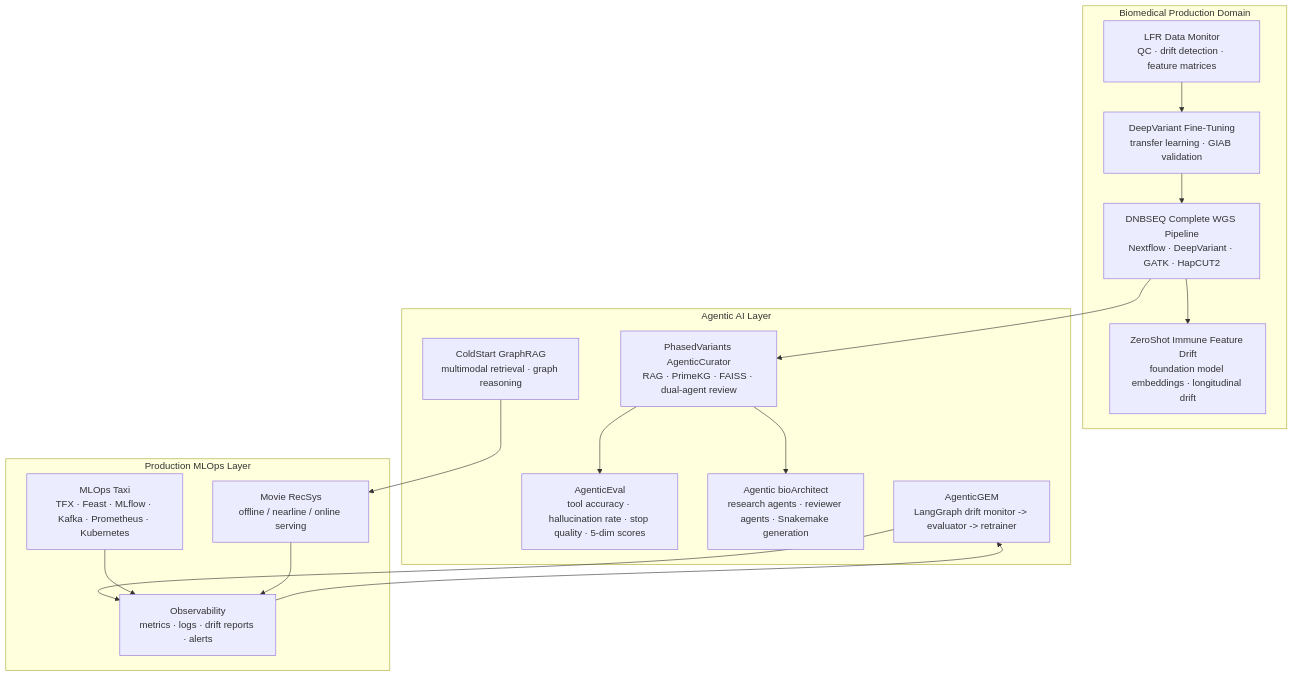
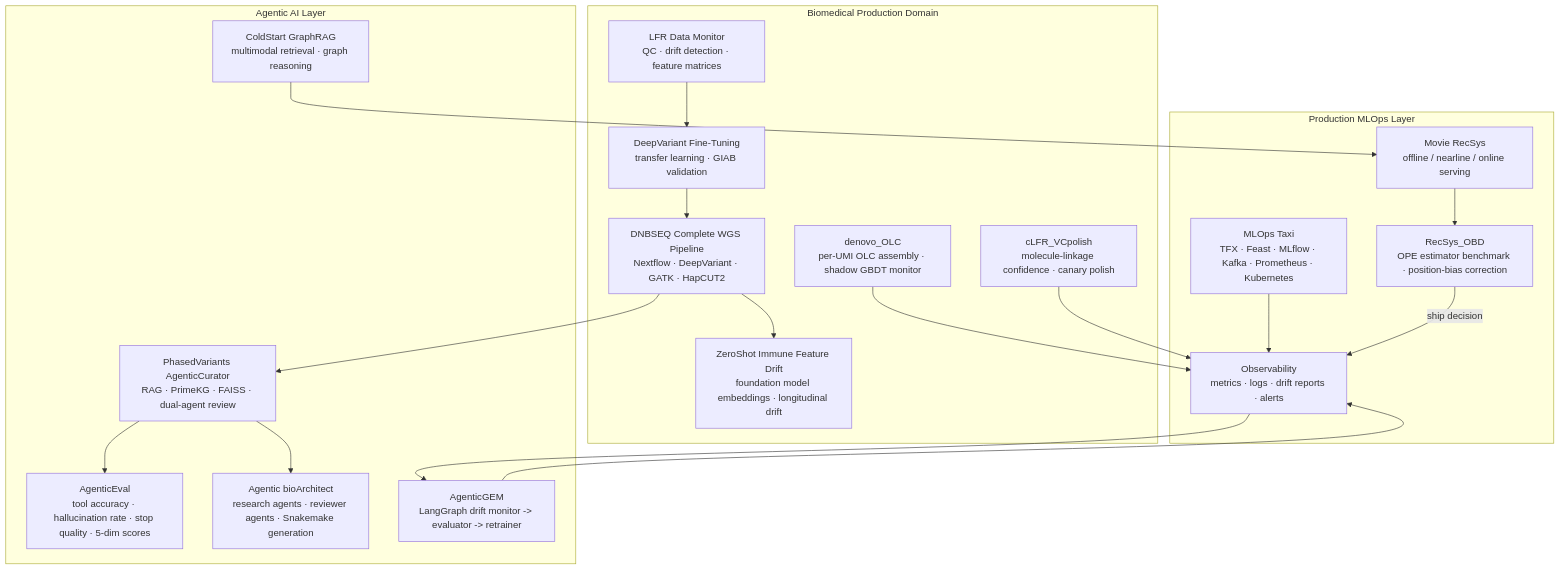
Before and after one commit to arcadianlyric/AppliedML_AgenticAI_MLOps: the diagram in README.md, drawn with Mermaid. The commit also changed other lines of this file and 2 other files, not shown here.

````diff
--- a/README.md
+++ b/README.md
@@ -75,35 +79,41 @@
 ```mermaid
 flowchart TD
     subgraph DOMAIN["Biomedical Production Domain"]
         WGS["DNBSEQ Complete WGS Pipeline<br/>Nextflow · DeepVariant · GATK · HapCUT2"]
         LFR["LFR Data Monitor<br/>QC · drift detection · feature matrices"]
         DV["DeepVariant Fine-Tuning<br/>transfer learning · GIAB validation"]
         IMM["ZeroShot Immune Feature Drift<br/>foundation model embeddings · longitudinal drift"]
+        OLC["denovo_OLC<br/>per-UMI OLC assembly · shadow GBDT monitor"]
+        VCP["cLFR_VCpolish<br/>molecule-linkage confidence · canary polish"]
     end
 
     subgraph AGENT["Agentic AI Layer"]
         CUR["PhasedVariants AgenticCurator<br/>RAG · PrimeKG · FAISS · dual-agent review"]
         EVAL["AgenticEval<br/>tool accuracy · hallucination rate · stop quality · 5-dim scores"]
         BIO["Agentic bioArchitect<br/>research agents · reviewer agents · Snakemake generation"]
         GEM["AgenticGEM<br/>LangGraph drift monitor -> evaluator -> retrainer"]
         GRAG["ColdStart GraphRAG<br/>multimodal retrieval · graph reasoning"]
     end
 
     subgraph MLOPS["Production MLOps Layer"]
         TAXI["MLOps Taxi<br/>TFX · Feast · MLflow · Kafka · Prometheus · Kubernetes"]
         RECSYS["Movie RecSys<br/>offline / nearline / online serving"]
+        OBD["RecSys_OBD<br/>OPE estimator benchmark · position-bias correction"]
         OBS["Observability<br/>metrics · logs · drift reports · alerts"]
     end
 
     LFR --> DV
     DV --> WGS
     WGS --> CUR
     WGS --> IMM
     CUR --> EVAL
     CUR --> BIO
+    OLC --> OBS
+    VCP --> OBS
     GEM --> OBS
     TAXI --> OBS
-    RECSYS --> OBS
+    RECSYS --> OBD
+    OBD -- "ship decision" --> OBS
     GRAG --> RECSYS
     OBS --> GEM
 ```
````
